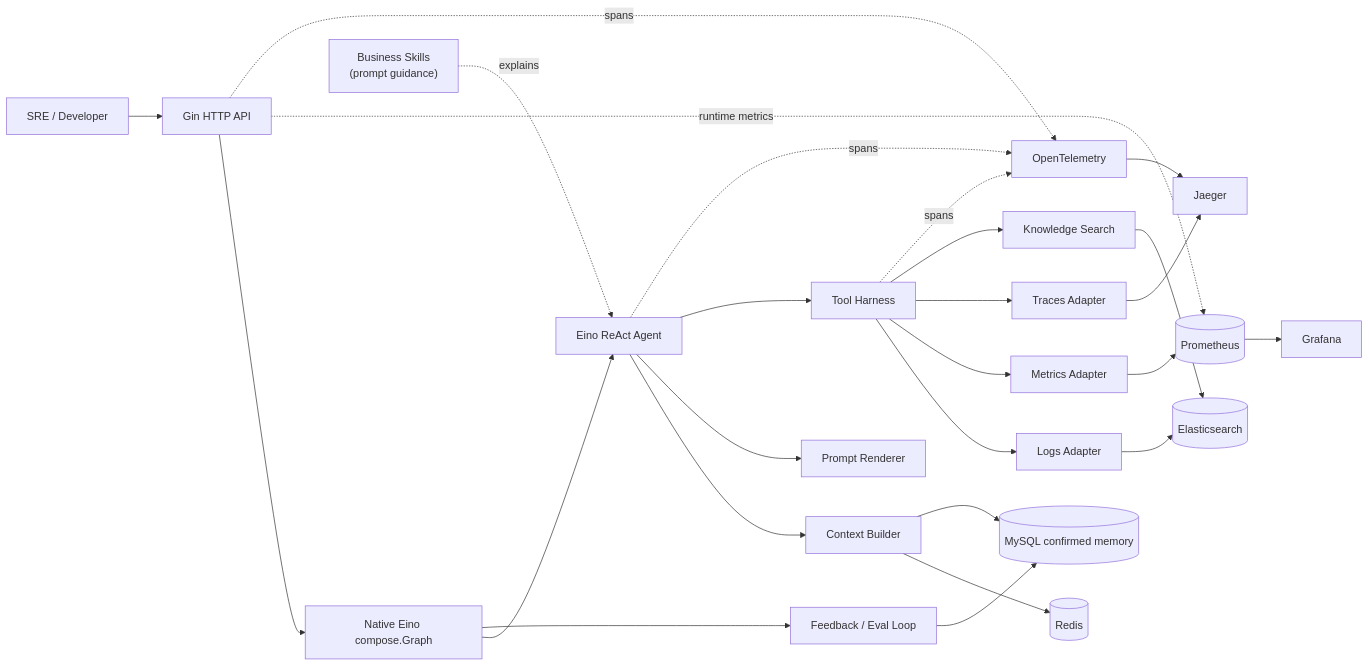
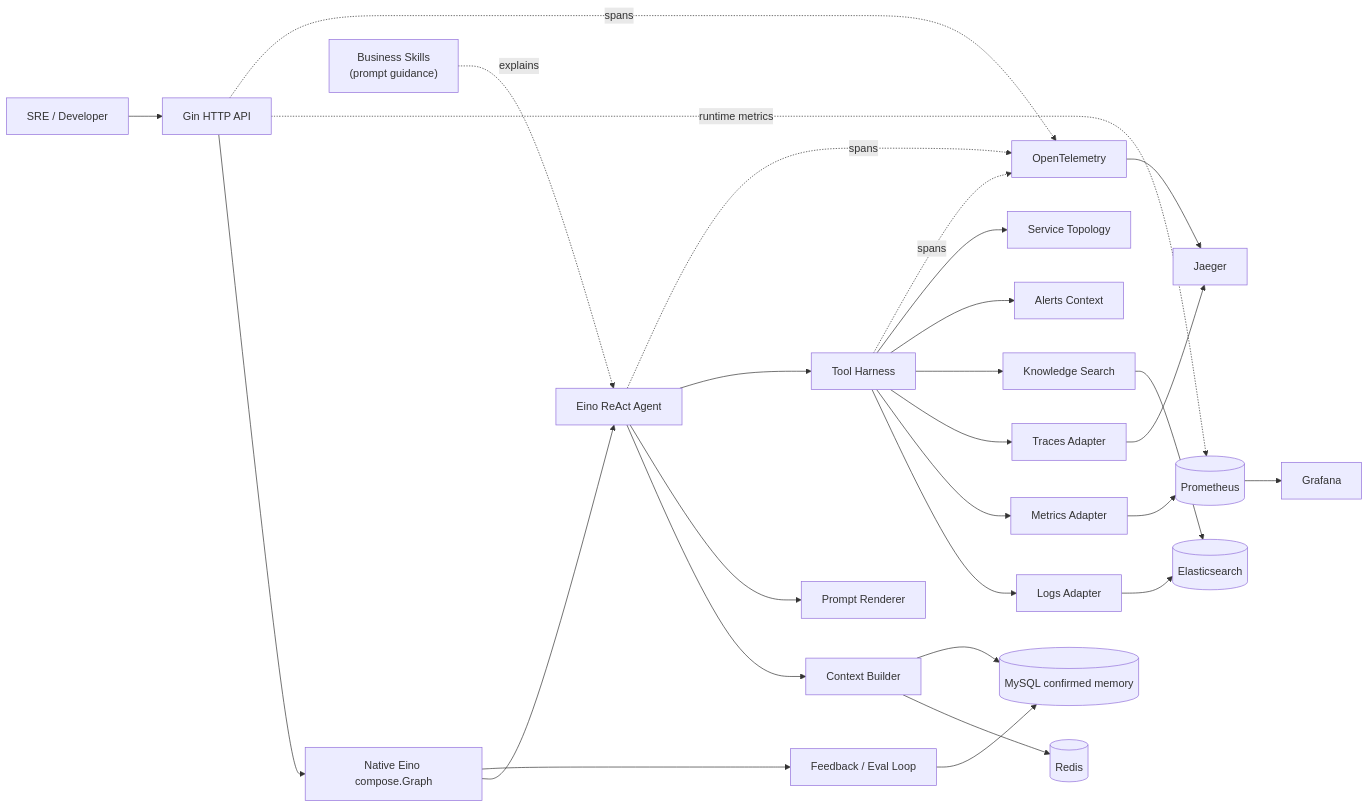
One commit to jiawei-wang-dev/WatchOps-Lite changed the first of 3 diagrams in docs/ARCHITECTURE.md. Above: the diagram before and after it, drawn with Mermaid. The commit also changed other lines of this file and 21 other files, not shown here.

````diff
--- a/docs/ARCHITECTURE.md
+++ b/docs/ARCHITECTURE.md
@@ -7,28 +7,30 @@
 ```mermaid
 flowchart LR
     U["SRE / Developer"] --> API["Gin HTTP API"]
     API --> APP["Native Eino compose.Graph"]
     APP --> AGENT["Eino ReAct Agent"]
     SKILLS["Business Skills<br/>(prompt guidance)"] -. explains .-> AGENT
     AGENT --> CTX["Context Builder"]
     AGENT --> PROMPT["Prompt Renderer"]
     AGENT --> HARNESS["Tool Harness"]
     HARNESS --> LOGS["Logs Adapter"]
     HARNESS --> METRICS["Metrics Adapter"]
     HARNESS --> TRACES["Traces Adapter"]
     HARNESS --> RAG["Knowledge Search"]
+    HARNESS --> ALERTS["Alerts Context"]
+    HARNESS --> TOPOLOGY["Service Topology"]
     CTX --> REDIS[("Redis")]
     CTX --> MYSQL[("MySQL confirmed memory")]
     RAG --> ES[("Elasticsearch")]
     LOGS --> ES
     METRICS --> PROM[("Prometheus")]
     API -. runtime metrics .-> PROM
     PROM --> GRAFANA["Grafana"]
     TRACES --> JAEGER
     APP --> FEEDBACK["Feedback / Eval Loop"]
     FEEDBACK --> MYSQL
     API -. spans .-> OTEL["OpenTelemetry"]
     AGENT -. spans .-> OTEL
     HARNESS -. spans .-> OTEL
     OTEL --> JAEGER["Jaeger"]
 ```
````
